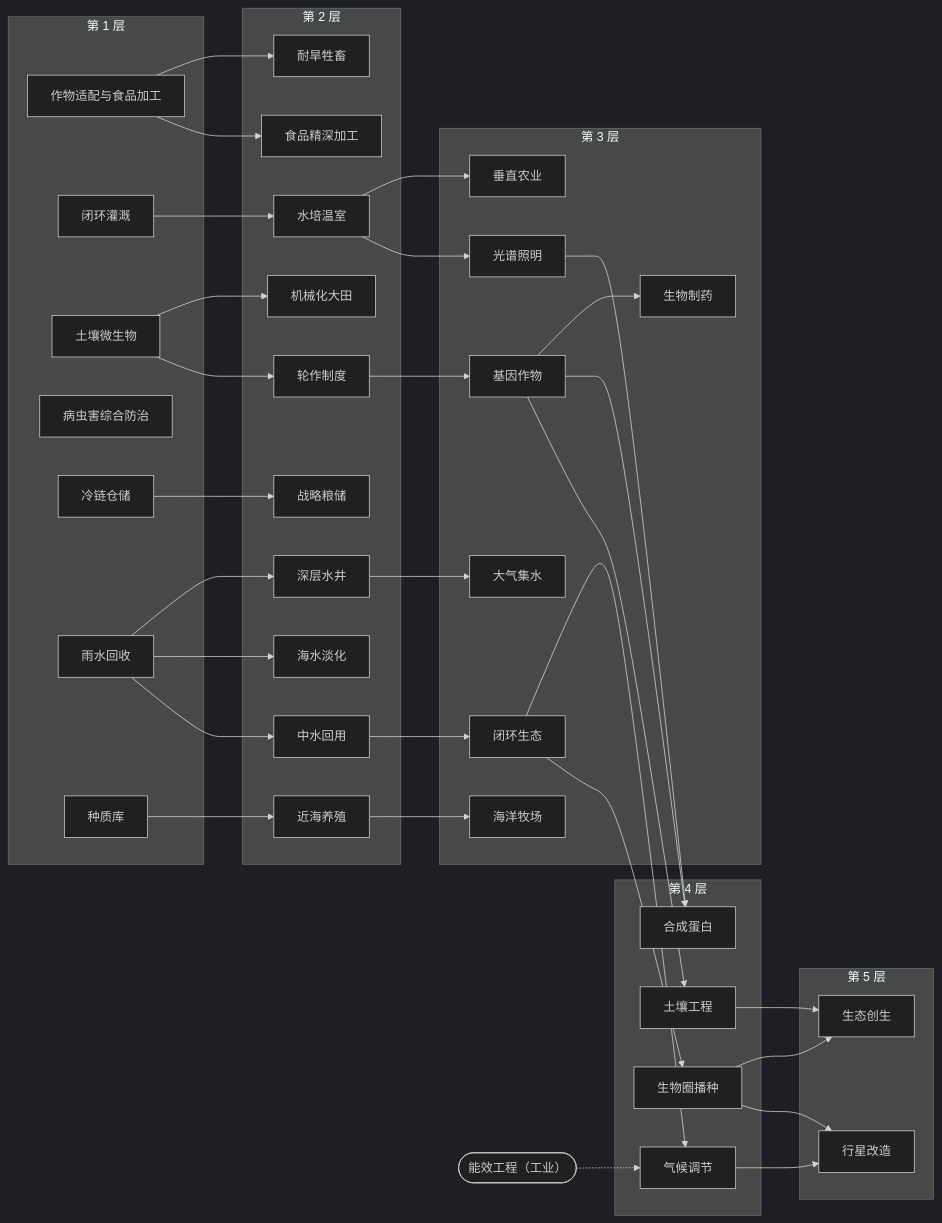
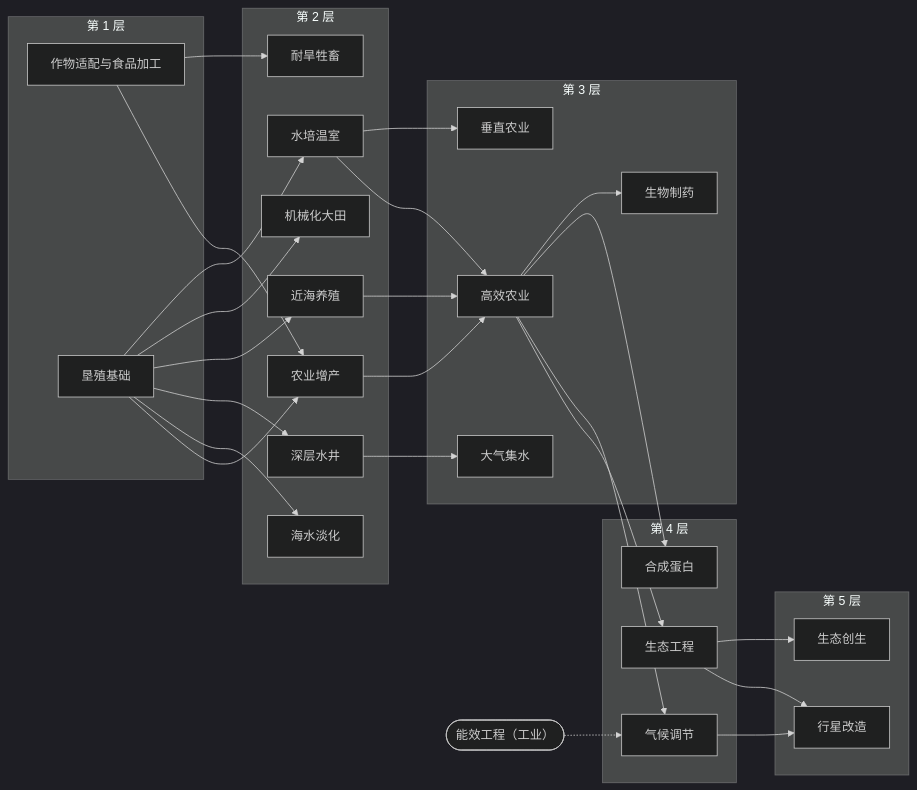
One commit to Konstantiy1453/brave-new-world changed the second of 4 diagrams in docs/v17/TECH_TREE.md. Above: the diagram before and after it, drawn with Mermaid (dark theme). The commit also changed other lines of this file and 23 other files, not shown here.

````diff
--- a/docs/v17/TECH_TREE.md
+++ b/docs/v17/TECH_TREE.md
@@ -143,71 +125,53 @@
 ```mermaid
 flowchart LR
   subgraph T1["第 1 层"]
     adaptation["作物适配与食品加工"]
-    irrigation["闭环灌溉"]
-    soil_microbes["土壤微生物"]
-    pest_control["病虫害综合防治"]
-    cold_chain["冷链仓储"]
-    rain_capture["雨水回收"]
-    seed_bank["种质库"]
+    agriculture_1_merged["垦殖基础"]
   end
   subgraph T2["第 2 层"]
     hydroponics["水培温室"]
     mechanized_farming["机械化大田"]
     aquaculture["近海养殖"]
     livestock["耐旱牲畜"]
     deep_wells["深层水井"]
     desalination_tech["海水淡化"]
-    crop_rotation["轮作制度"]
-    food_export["食品精深加工"]
-    water_recycling["中水回用"]
-    grain_reserve["战略粮储"]
+    agriculture_2_merged["农业增产"]
   end
   subgraph T3["第 3 层"]
     vertical_farming["垂直农业"]
-    genetic_crops["基因作物"]
-    closed_ecology["闭环生态"]
     atmospheric_harvest["大气集水"]
     biopharma["生物制药"]
-    indoor_lighting["光谱照明"]
-    marine_ranching["海洋牧场"]
+    agriculture_3_merged["高效农业"]
   end
   subgraph T4["第 4 层"]
     synthetic_protein["合成蛋白"]
     climate["气候调节"]
-    soil_engineering["土壤工程"]
-    biosphere_seeding["生物圈播种"]
+    agriculture_4_merged["生态工程"]
   end
   subgraph T5["第 5 层"]
     ecopoiesis["生态创生"]
     terraforming["行星改造"]
   end
   efficiency(["能效工程（工业）"])
-  irrigation --> hydroponics
-  soil_microbes --> mechanized_farming
-  seed_bank --> aquaculture
+  agriculture_1_merged --> hydroponics
+  agriculture_1_merged --> mechanized_farming
+  agriculture_1_merged --> aquaculture
   adaptation --> livestock
-  rain_capture --> deep_wells
-  rain_capture --> desalination_tech
-  soil_microbes --> crop_rotation
-  adaptation --> food_export
-  rain_capture --> water_recycling
-  cold_chain --> grain_reserve
+  agriculture_1_merged --> deep_wells
+  agriculture_1_merged --> desalination_tech
   hydroponics --> vertical_farming
-  crop_rotation --> genetic_crops
-  water_recycling --> closed_ecology
   deep_wells --> atmospheric_harvest
-  genetic_crops --> biopharma
-  hydroponics --> indoor_lighting
-  aquaculture --> marine_ranching
-  genetic_crops --> synthetic_protein
-  indoor_lighting --> synthetic_protein
-  closed_ecology --> climate
+  agriculture_3_merged --> biopharma
+  agriculture_3_merged --> synthetic_protein
+  agriculture_3_merged --> climate
   efficiency -.-> climate
-  genetic_crops --> soil_engineering
-  closed_ecology --> biosphere_seeding
-  biosphere_seeding --> ecopoiesis
-  soil_engineering --> ecopoiesis
+  agriculture_4_merged --> ecopoiesis
   climate --> terraforming
-  biosphere_seeding --> terraforming
+  agriculture_4_merged --> terraforming
+  agriculture_1_merged --> agriculture_2_merged
+  adaptation --> agriculture_2_merged
+  agriculture_2_merged --> agriculture_3_merged
+  hydroponics --> agriculture_3_merged
+  aquaculture --> agriculture_3_merged
+  agriculture_3_merged --> agriculture_4_merged
 ```
````
